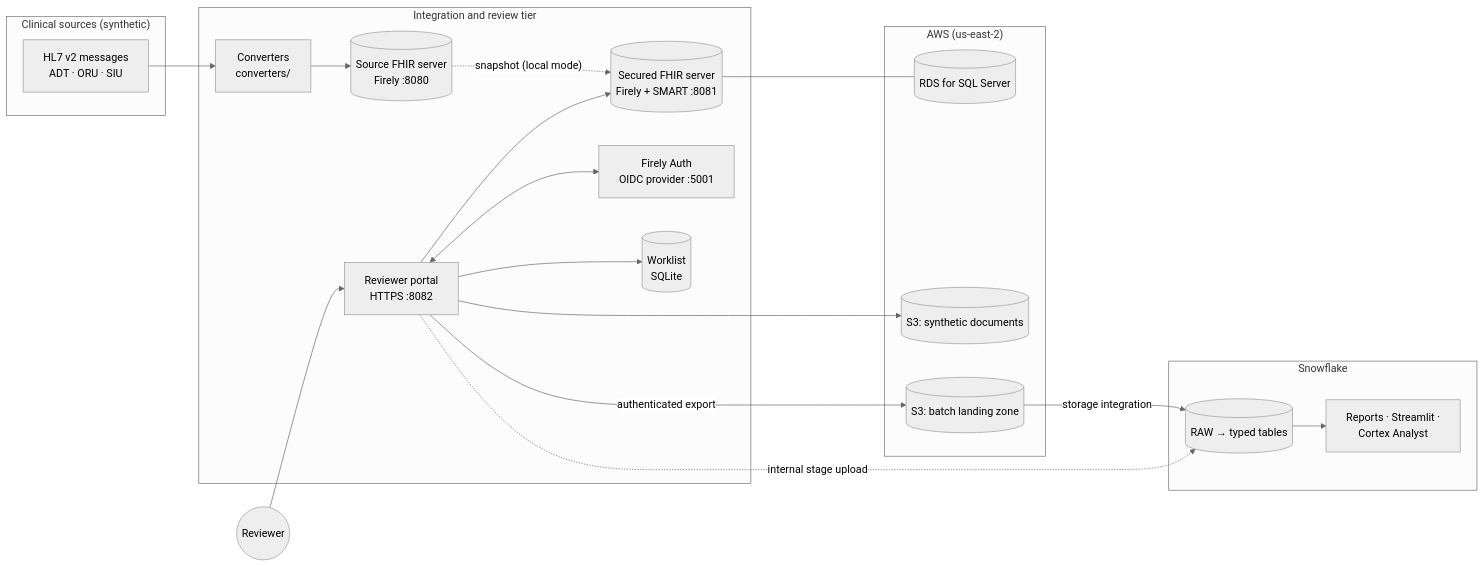
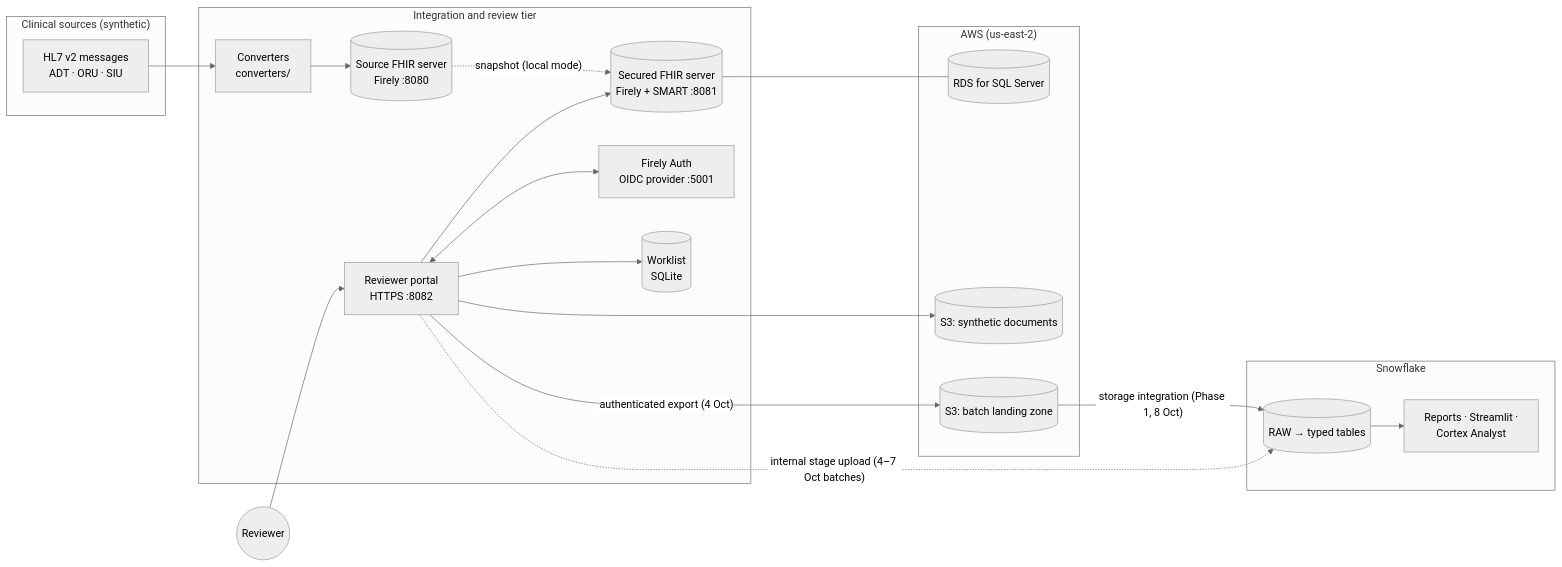
Before and after one commit to tarunL2203/hl7-fhir-connected-care: the first of 2 diagrams in docs/architecture.md, drawn with Mermaid (neutral theme). The commit also changed other lines of this file and 23 other files, not shown here.

````diff
--- a/docs/architecture.md
+++ b/docs/architecture.md
@@ -7,36 +7,36 @@
 ```mermaid
 flowchart LR
     subgraph Sources["Clinical sources (synthetic)"]
         HL7["HL7 v2 messages<br/>ADT · ORU · SIU"]
     end
     subgraph Workstation["Integration and review tier"]
         CONV["Converters<br/>converters/"]
         SRC[("Source FHIR server<br/>Firely :8080")]
         SEC[("Secured FHIR server<br/>Firely + SMART :8081")]
         AUTH["Firely Auth<br/>OIDC provider :5001"]
         PORTAL["Reviewer portal<br/>HTTPS :8082"]
         WL[("Worklist<br/>SQLite")]
     end
     subgraph AWS["AWS (us-east-2)"]
         RDS[("RDS for SQL Server")]
         DOCS[("S3: synthetic documents")]
         LAND[("S3: batch landing zone")]
     end
     subgraph SF["Snowflake"]
         RAW[("RAW → typed tables")]
         BI["Reports · Streamlit ·<br/>Cortex Analyst"]
     end
     REV(("Reviewer"))
     HL7 --> CONV --> SRC
     SRC -. "snapshot (local mode)" .-> SEC
     SEC --- RDS
     REV --> PORTAL
     PORTAL <--> AUTH
     PORTAL --> SEC
     PORTAL --> WL
     PORTAL --> DOCS
-    PORTAL -->|"authenticated export"| LAND
-    LAND -->|"storage integration"| RAW
-    PORTAL -. "internal stage upload" .-> RAW
+    PORTAL -->|"authenticated export (4 Oct)"| LAND
+    LAND -->|"storage integration (Phase 1, 8 Oct)"| RAW
+    PORTAL -. "internal stage upload (4–7 Oct batches)" .-> RAW
     RAW --> BI
 ```
````
